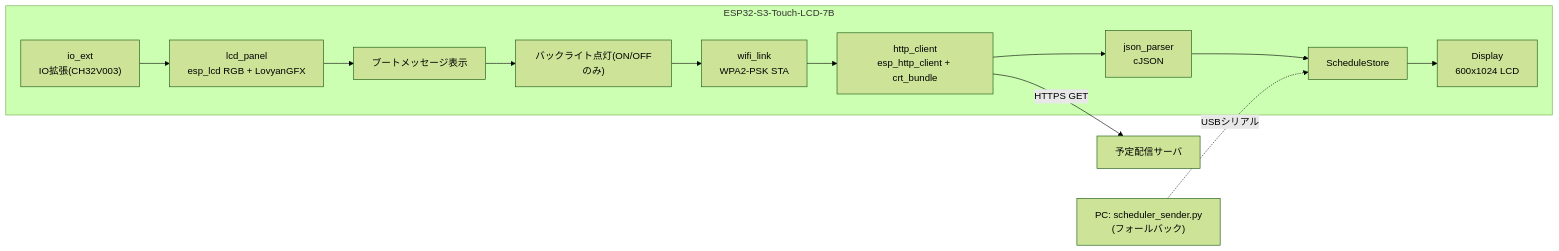
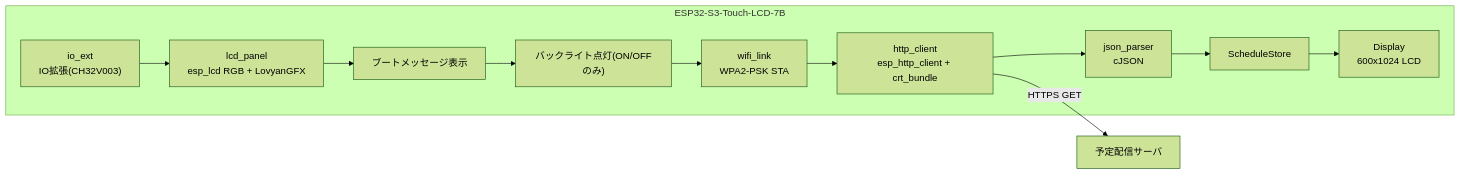
The diagram in docs/spec.md (hgn32/schedule-viewer-esp32s3), drawn with Mermaid (forest theme) before and after one commit. The commit also changed other lines of this file and 25 other files, not shown here.

````diff
--- a/docs/spec.md
+++ b/docs/spec.md
@@ -8,15 +8,14 @@
 ```mermaid
 flowchart LR
     subgraph DEV["ESP32-S3-Touch-LCD-7B"]
         IO["io_ext<br/>IO拡張(CH32V003)"] --> LCD["lcd_panel<br/>esp_lcd RGB + LovyanGFX"]
         LCD --> BOOT["ブートメッセージ表示"]
         BOOT --> BL["バックライト点灯(ON/OFFのみ)"]
         BL --> W["wifi_link<br/>WPA2-PSK STA"]
         W --> H["http_client<br/>esp_http_client + crt_bundle"]
         H --> J["json_parser<br/>cJSON"]
         J --> S["ScheduleStore"]
         S --> D["Display<br/>600x1024 LCD"]
     end
     H -- "HTTPS GET" --> SV["予定配信サーバ"]
-    PC["PC: scheduler_sender.py<br/>(フォールバック)"] -. "USBシリアル" .-> S
 ```
````
